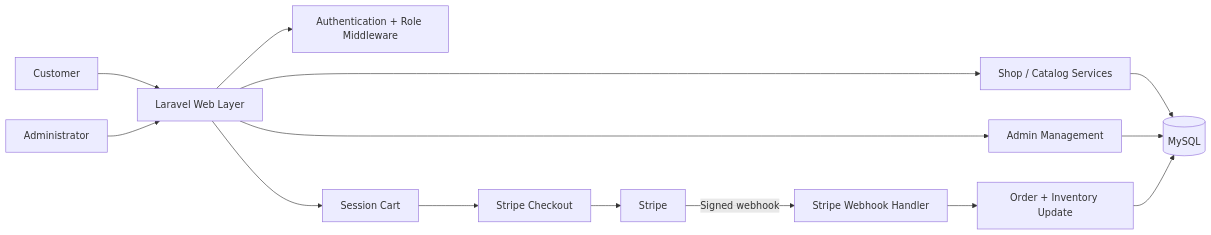
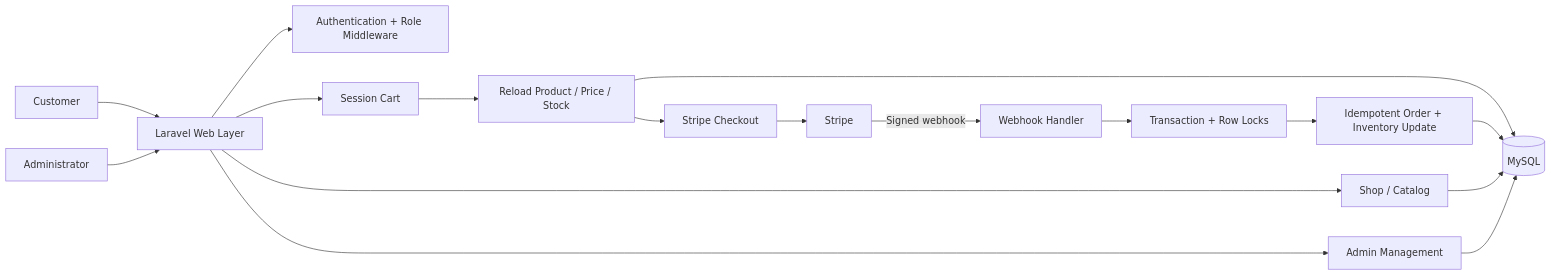
One commit to DagemawiDeveloper/Boldinone changed the first of 2 diagrams in README.md. Above: the diagram before and after it, drawn with Mermaid. The commit also changed other lines of this file, not shown here.

Commit message:
docs: present hardened Boldinone payment architecture

````diff
--- a/README.md
+++ b/README.md
@@ -38,18 +42,22 @@
 ```mermaid
 flowchart LR
     CUSTOMER[Customer] --> WEB[Laravel Web Layer]
     ADMIN[Administrator] --> WEB
 
     WEB --> AUTH[Authentication + Role Middleware]
-    WEB --> SHOP[Shop / Catalog Services]
+    WEB --> SHOP[Shop / Catalog]
     WEB --> CART[Session Cart]
     WEB --> ADMINMOD[Admin Management]
 
-    SHOP --> DB[(MySQL)]
+    CART --> DBPRICE[Reload Product / Price / Stock]
+    DBPRICE --> DB[(MySQL)]
+    DBPRICE --> CHECKOUT[Stripe Checkout]
+    CHECKOUT --> STRIPE[Stripe]
+    STRIPE -->|Signed webhook| WEBHOOK[Webhook Handler]
+    WEBHOOK --> LOCK[Transaction + Row Locks]
+    LOCK --> ORDERS[Idempotent Order + Inventory Update]
+    ORDERS --> DB
+
+    SHOP --> DB
     ADMINMOD --> DB
-    CART --> CHECKOUT[Stripe Checkout]
-    CHECKOUT --> STRIPE[Stripe]
-    STRIPE -->|Signed webhook| WEBHOOK[Stripe Webhook Handler]
-    WEBHOOK --> ORDERS[Order + Inventory Update]
-    ORDERS --> DB
 ```
````
